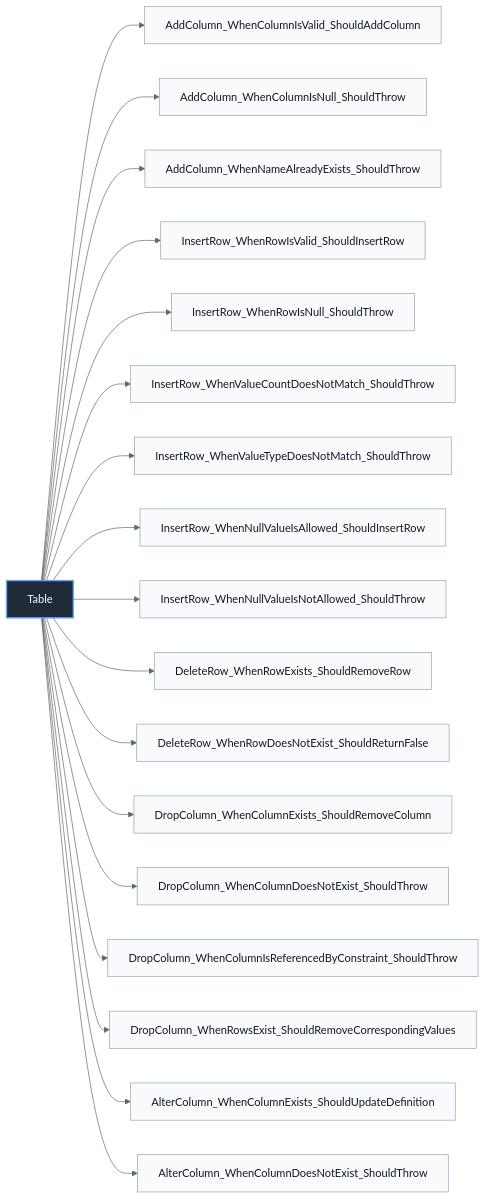
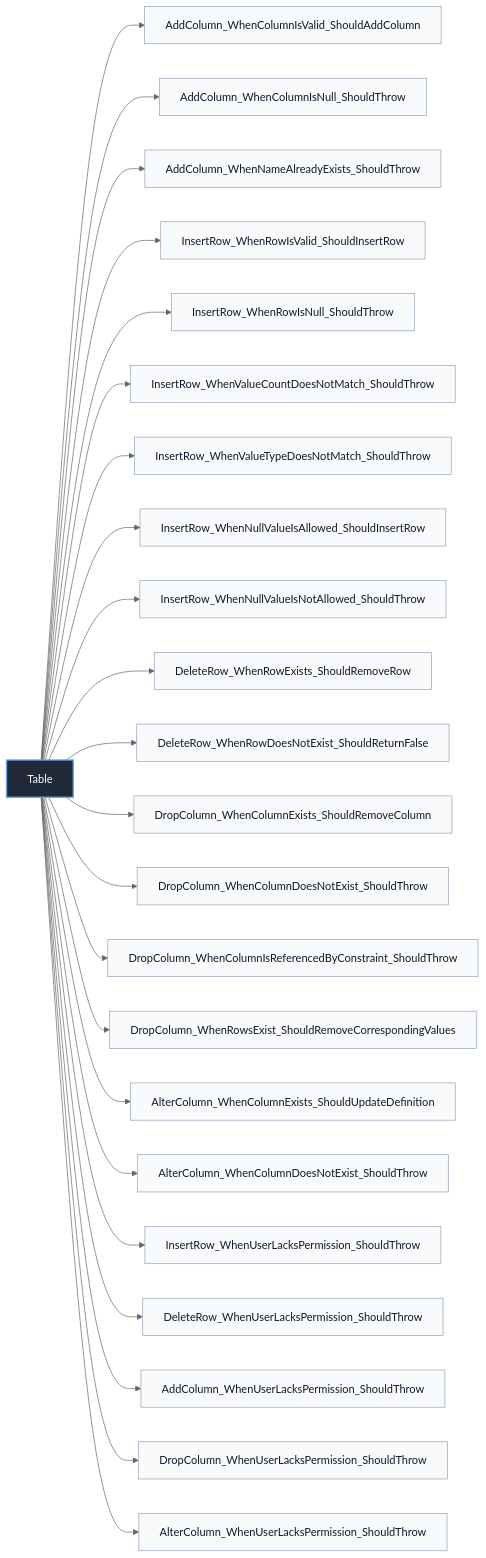
Diagram 18 of 50 in README.md (manaxpow/DBMS), drawn with Mermaid (neutral theme) before and after one commit. The commit also changed other lines of this file and 1 other file, not shown here.

Commit message:
Add unit test implement plan

````diff
--- a/README.md
+++ b/README.md
@@ -743,27 +754,33 @@
 ```mermaid
 flowchart LR
     Database_Objects_Table["Table"]
 
     Database_Objects_Table --> Database_Objects_Table_T1["AddColumn_WhenColumnIsValid_ShouldAddColumn"]
     Database_Objects_Table --> Database_Objects_Table_T2["AddColumn_WhenColumnIsNull_ShouldThrow"]
     Database_Objects_Table --> Database_Objects_Table_T3["AddColumn_WhenNameAlreadyExists_ShouldThrow"]
     Database_Objects_Table --> Database_Objects_Table_T4["InsertRow_WhenRowIsValid_ShouldInsertRow"]
     Database_Objects_Table --> Database_Objects_Table_T5["InsertRow_WhenRowIsNull_ShouldThrow"]
     Database_Objects_Table --> Database_Objects_Table_T6["InsertRow_WhenValueCountDoesNotMatch_ShouldThrow"]
     Database_Objects_Table --> Database_Objects_Table_T7["InsertRow_WhenValueTypeDoesNotMatch_ShouldThrow"]
     Database_Objects_Table --> Database_Objects_Table_T8["InsertRow_WhenNullValueIsAllowed_ShouldInsertRow"]
     Database_Objects_Table --> Database_Objects_Table_T9["InsertRow_WhenNullValueIsNotAllowed_ShouldThrow"]
     Database_Objects_Table --> Database_Objects_Table_T10["DeleteRow_WhenRowExists_ShouldRemoveRow"]
     Database_Objects_Table --> Database_Objects_Table_T11["DeleteRow_WhenRowDoesNotExist_ShouldReturnFalse"]
     Database_Objects_Table --> Database_Objects_Table_T12["DropColumn_WhenColumnExists_ShouldRemoveColumn"]
     Database_Objects_Table --> Database_Objects_Table_T13["DropColumn_WhenColumnDoesNotExist_ShouldThrow"]
     Database_Objects_Table --> Database_Objects_Table_T14["DropColumn_WhenColumnIsReferencedByConstraint_ShouldThrow"]
     Database_Objects_Table --> Database_Objects_Table_T15["DropColumn_WhenRowsExist_ShouldRemoveCorrespondingValues"]
     Database_Objects_Table --> Database_Objects_Table_T16["AlterColumn_WhenColumnExists_ShouldUpdateDefinition"]
     Database_Objects_Table --> Database_Objects_Table_T17["AlterColumn_WhenColumnDoesNotExist_ShouldThrow"]
 
+    Database_Objects_Table --> Database_Objects_Table_T18["InsertRow_WhenUserLacksPermission_ShouldThrow"]
+    Database_Objects_Table --> Database_Objects_Table_T19["DeleteRow_WhenUserLacksPermission_ShouldThrow"]
+    Database_Objects_Table --> Database_Objects_Table_T20["AddColumn_WhenUserLacksPermission_ShouldThrow"]
+    Database_Objects_Table --> Database_Objects_Table_T21["DropColumn_WhenUserLacksPermission_ShouldThrow"]
+    Database_Objects_Table --> Database_Objects_Table_T22["AlterColumn_WhenUserLacksPermission_ShouldThrow"]
+
     classDef classNode fill:#1f2937,stroke:#60a5fa,color:#ffffff,stroke-width:2px
     classDef testNode fill:#f8fafc,stroke:#94a3b8,color:#111827
     class Database_Objects_Table classNode
-    class Database_Objects_Table_T1,Database_Objects_Table_T2,Database_Objects_Table_T3,Database_Objects_Table_T4,Database_Objects_Table_T5,Database_Objects_Table_T6,Database_Objects_Table_T7,Database_Objects_Table_T8,Database_Objects_Table_T9,Database_Objects_Table_T10,Database_Objects_Table_T11,Database_Objects_Table_T12,Database_Objects_Table_T13,Database_Objects_Table_T14,Database_Objects_Table_T15,Database_Objects_Table_T16,Database_Objects_Table_T17 testNode
+    class Database_Objects_Table_T1,Database_Objects_Table_T2,Database_Objects_Table_T3,Database_Objects_Table_T4,Database_Objects_Table_T5,Database_Objects_Table_T6,Database_Objects_Table_T7,Database_Objects_Table_T8,Database_Objects_Table_T9,Database_Objects_Table_T10,Database_Objects_Table_T11,Database_Objects_Table_T12,Database_Objects_Table_T13,Database_Objects_Table_T14,Database_Objects_Table_T15,Database_Objects_Table_T16,Database_Objects_Table_T17,Database_Objects_Table_T18,Database_Objects_Table_T19,Database_Objects_Table_T20,Database_Objects_Table_T21,Database_Objects_Table_T22 testNode
 ```
````
